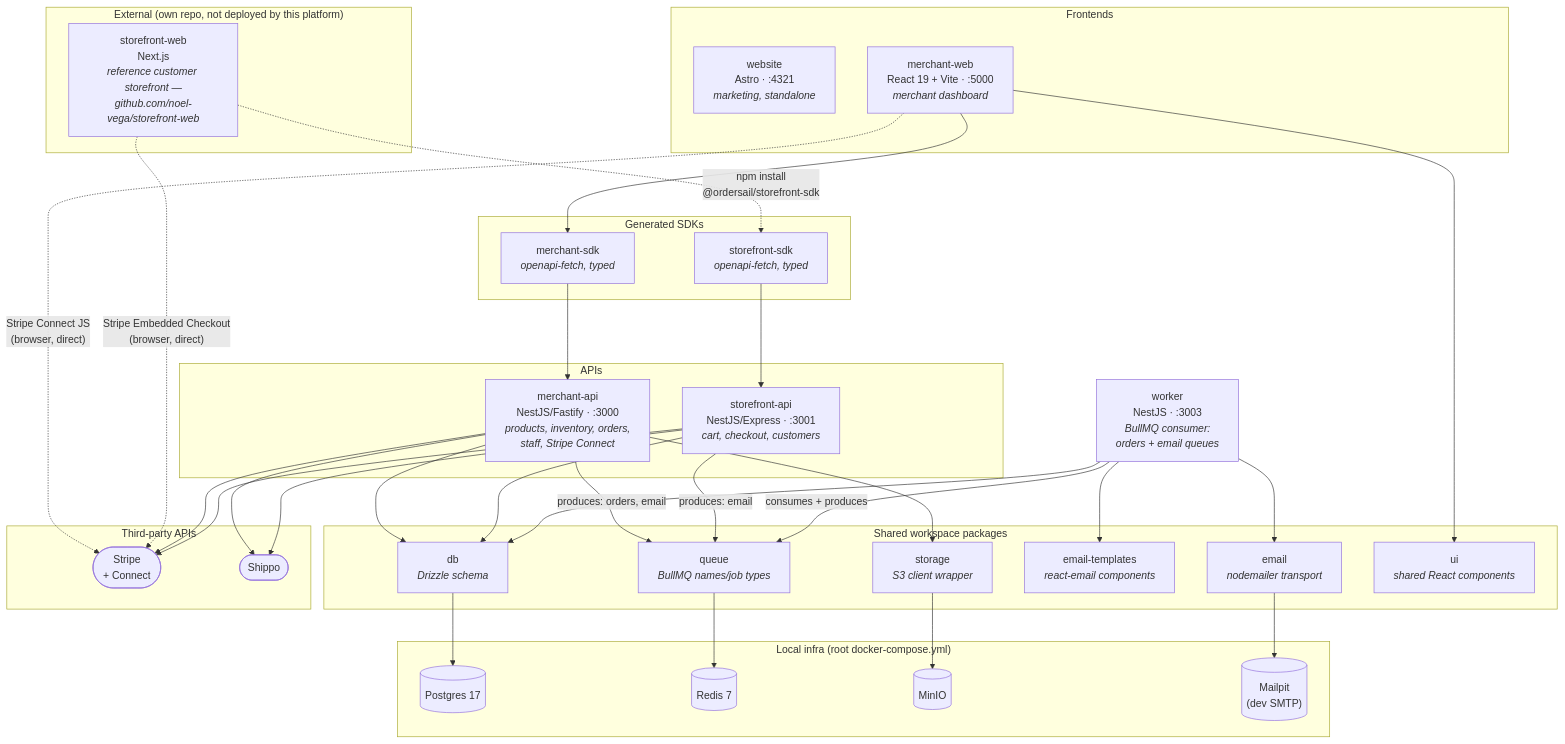
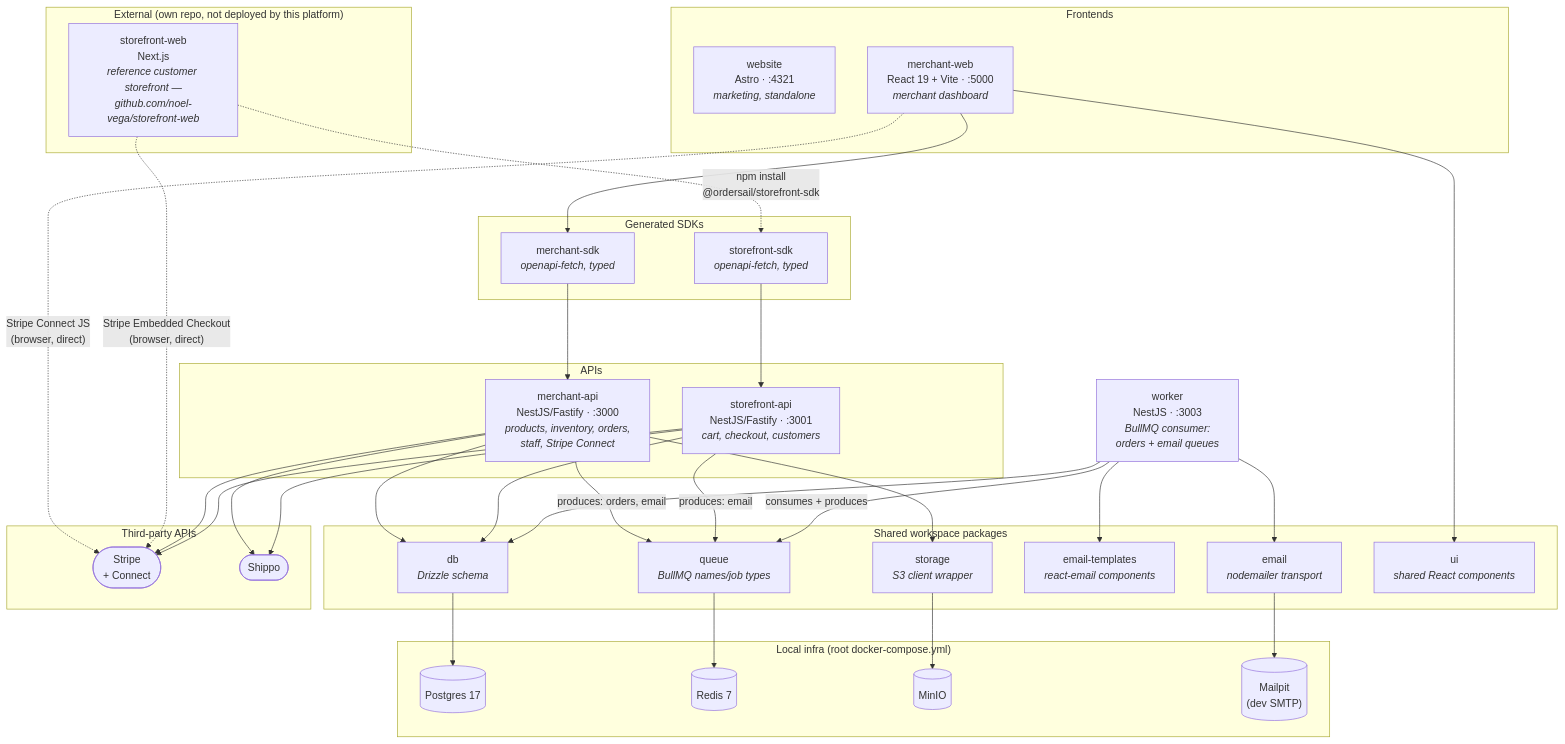
One commit to noel-vega/ordersail changed the first of 2 diagrams in ARCHITECTURE.md. Above: the diagram before and after it, drawn with Mermaid. The commit also changed 3 other files, not shown here.

First line of the commit message:
docs,test(storefront-api): Fastify in the docs and the e2e spec (OS-717)

````diff
--- a/ARCHITECTURE.md
+++ b/ARCHITECTURE.md
@@ -11,70 +11,70 @@
 ```mermaid
 flowchart TB
     subgraph FE["Frontends"]
         website["website<br/>Astro · :4321<br/><i>marketing, standalone</i>"]
         adminweb["merchant-web<br/>React 19 + Vite · :5000<br/><i>merchant dashboard</i>"]
     end
 
     subgraph EXTFE["External (own repo, not deployed by this platform)"]
         storeweb["storefront-web<br/>Next.js<br/><i>reference customer storefront —<br/>github.com/noel-vega/storefront-web</i>"]
     end
 
     subgraph SDK["Generated SDKs"]
         adminsdk["merchant-sdk<br/><i>openapi-fetch, typed</i>"]
         storesdk["storefront-sdk<br/><i>openapi-fetch, typed</i>"]
     end
 
     subgraph API["APIs"]
         adminapi["merchant-api<br/>NestJS/Fastify · :3000<br/><i>products, inventory, orders,<br/>staff, Stripe Connect</i>"]
-        storeapi["storefront-api<br/>NestJS/Express · :3001<br/><i>cart, checkout, customers</i>"]
+        storeapi["storefront-api<br/>NestJS/Fastify · :3001<br/><i>cart, checkout, customers</i>"]
     end
 
     worker["worker<br/>NestJS · :3003<br/><i>BullMQ consumer:<br/>orders + email queues</i>"]
 
     subgraph PKG["Shared workspace packages"]
         db["db<br/><i>Drizzle schema</i>"]
         queue["queue<br/><i>BullMQ names/job types</i>"]
         email["email<br/><i>nodemailer transport</i>"]
         emailtpl["email-templates<br/><i>react-email components</i>"]
         storage["storage<br/><i>S3 client wrapper</i>"]
         ui["ui<br/><i>shared React components</i>"]
     end
 
     subgraph INFRA["Local infra (root docker-compose.yml)"]
         postgres[("Postgres 17")]
         redis[("Redis 7")]
         minio[("MinIO")]
         mailpit[("Mailpit<br/>(dev SMTP)")]
     end
 
     subgraph EXT["Third-party APIs"]
         stripe(["Stripe<br/>+ Connect"])
         shippo(["Shippo"])
     end
 
     adminweb --> adminsdk --> adminapi
     storeweb -. "npm install<br/>@ordersail/storefront-sdk" .-> storesdk
     storesdk --> storeapi
     adminweb -. "Stripe Connect JS<br/>(browser, direct)" .-> stripe
     storeweb -. "Stripe Embedded Checkout<br/>(browser, direct)" .-> stripe
     adminweb --> ui
 
     adminapi --> db
     storeapi --> db
     worker --> db
     db --> postgres
 
     adminapi -->|produces: orders, email| queue
     storeapi -->|produces: email| queue
     worker -->|consumes + produces| queue
     queue --> redis
 
     adminapi --> storage --> minio
     adminapi --> stripe
     adminapi --> shippo
     storeapi --> stripe
     storeapi --> shippo
 
     worker --> email --> mailpit
     worker --> emailtpl
 ```
````
